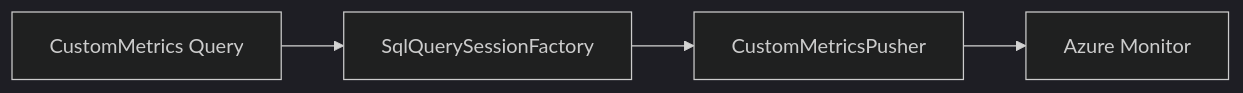
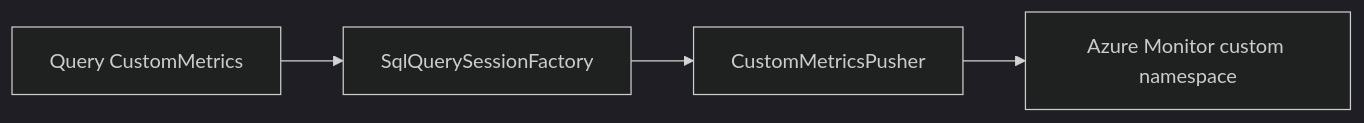
The diagram in devstate/2026/09/2026-09-15-sql-query-synthetic-metrics/card.md (david-garcia-garcia/azureautoscaler), drawn with Mermaid (dark theme) before and after one commit. The commit also changed other lines of this file and 12 other files, not shown here.

````diff
--- a/devstate/2026/09/2026-09-15-sql-query-synthetic-metrics/card.md
+++ b/devstate/2026/09/2026-09-15-sql-query-synthetic-metrics/card.md
@@ -18,6 +18,6 @@
 ```mermaid
 flowchart LR
-  Q[CustomMetrics Query] --> F[SqlQuerySessionFactory]
+  Q[Query CustomMetrics] --> F[SqlQuerySessionFactory]
   F --> P[CustomMetricsPusher]
-  P --> AM[Azure Monitor]
+  P --> AM[Azure Monitor custom namespace]
 ```
````
